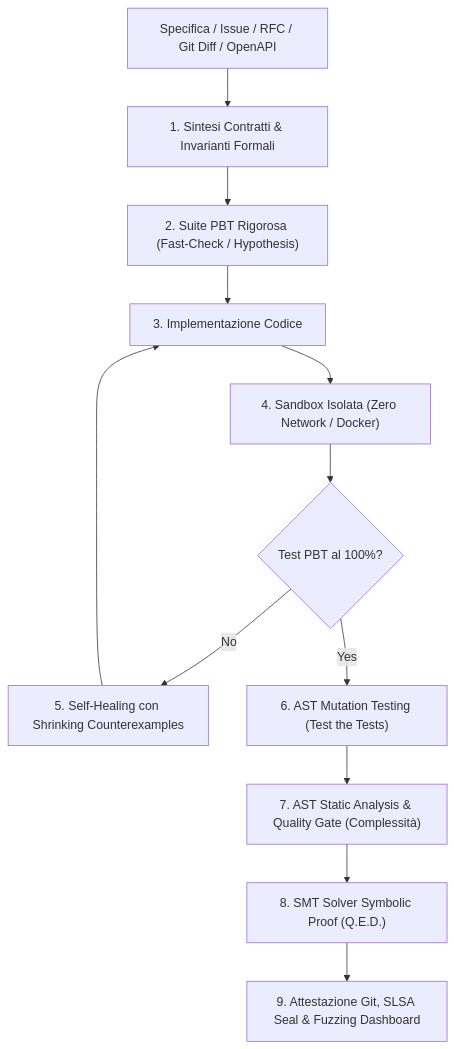
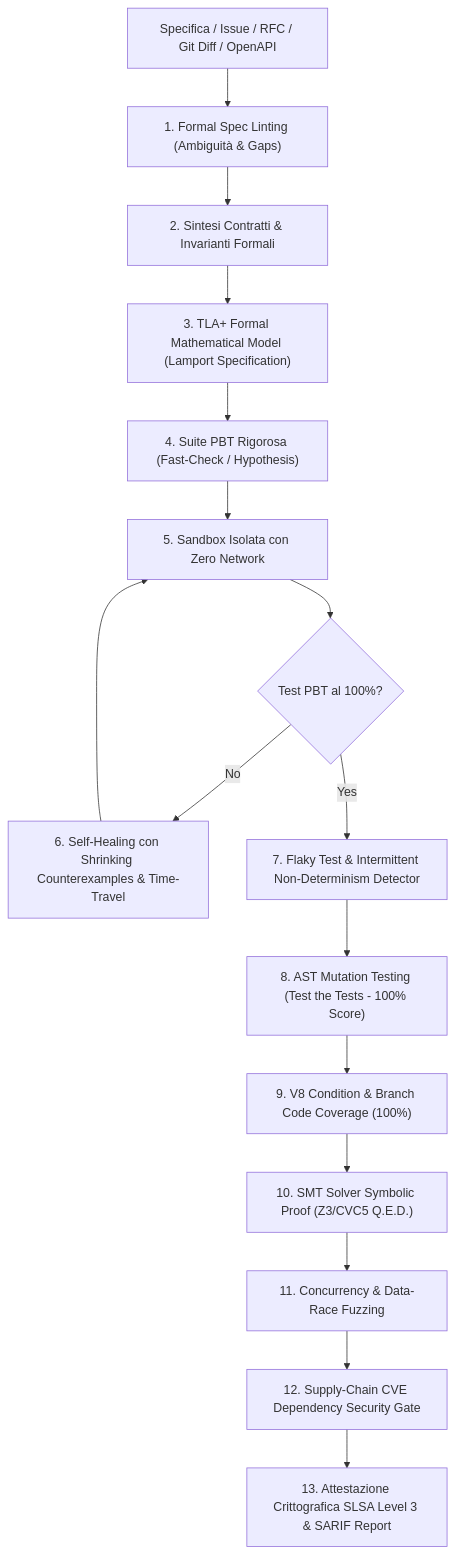
One commit to francaroscillidev-gif/git-native-spec-to-code changed the diagram in README.md. Above: the diagram before and after it, drawn with Mermaid. The commit also changed other lines of this file and 14 other files, not shown here.

Commit message:
feat(v9): Pinnacle Top-Tier release with MCP Server, TLA+ Synthesizer, Flaky Detector, Time-Travel Replay, and SARIF exporter by Franca Roscilli

````diff
--- a/README.md
+++ b/README.md
@@ -11,14 +11,18 @@
 ```mermaid
 flowchart TD
-    A["Specifica / Issue / RFC / Git Diff / OpenAPI"] --> B["1. Sintesi Contratti & Invarianti Formali"]
-    B --> C["2. Suite PBT Rigorosa (Fast-Check / Hypothesis)"]
-    C --> D["3. Implementazione Codice"]
-    D --> E["4. Sandbox Isolata (Zero Network / Docker)"]
-    E --> F{"Test PBT al 100%?"}
-    F -- No --> G["5. Self-Healing con Shrinking Counterexamples"]
-    G --> D
-    F -- Yes --> H["6. AST Mutation Testing (Test the Tests)"]
-    H --> I["7. AST Static Analysis & Quality Gate (Complessità)"]
-    I --> J["8. SMT Solver Symbolic Proof (Q.E.D.)"]
-    J --> K["9. Attestazione Git, SLSA Seal & Fuzzing Dashboard"]
+    A["Specifica / Issue / RFC / Git Diff / OpenAPI"] --> B["1. Formal Spec Linting (Ambiguità & Gaps)"]
+    B --> C["2. Sintesi Contratti & Invarianti Formali"]
+    C --> D["3. TLA+ Formal Mathematical Model (Lamport Specification)"]
+    D --> E["4. Suite PBT Rigorosa (Fast-Check / Hypothesis)"]
+    E --> F["5. Sandbox Isolata con Zero Network"]
+    F --> G{"Test PBT al 100%?"}
+    G -- No --> H["6. Self-Healing con Shrinking Counterexamples & Time-Travel"]
+    H --> F
+    G -- Yes --> I["7. Flaky Test & Intermittent Non-Determinism Detector"]
+    I --> J["8. AST Mutation Testing (Test the Tests - 100% Score)"]
+    J --> K["9. V8 Condition & Branch Code Coverage (100%)"]
+    K --> L["10. SMT Solver Symbolic Proof (Z3/CVC5 Q.E.D.)"]
+    L --> M["11. Concurrency & Data-Race Fuzzing"]
+    M --> N["12. Supply-Chain CVE Dependency Security Gate"]
+    N --> O["13. Attestazione Crittografica SLSA Level 3 & SARIF Report"]
 ```
````
